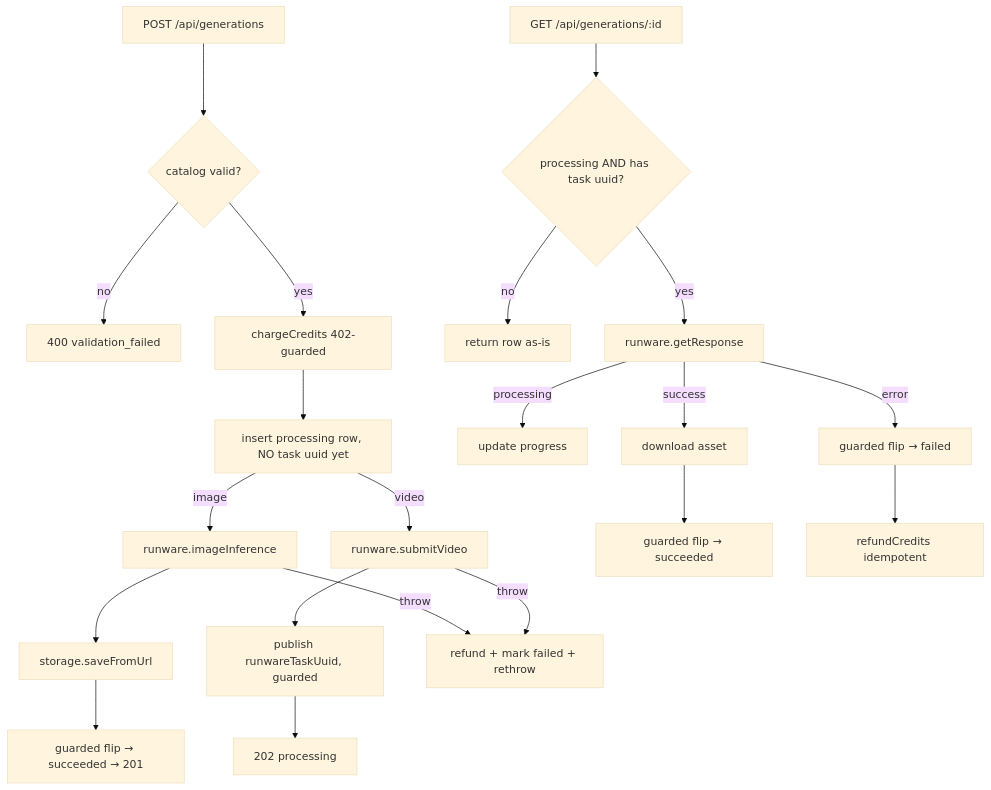
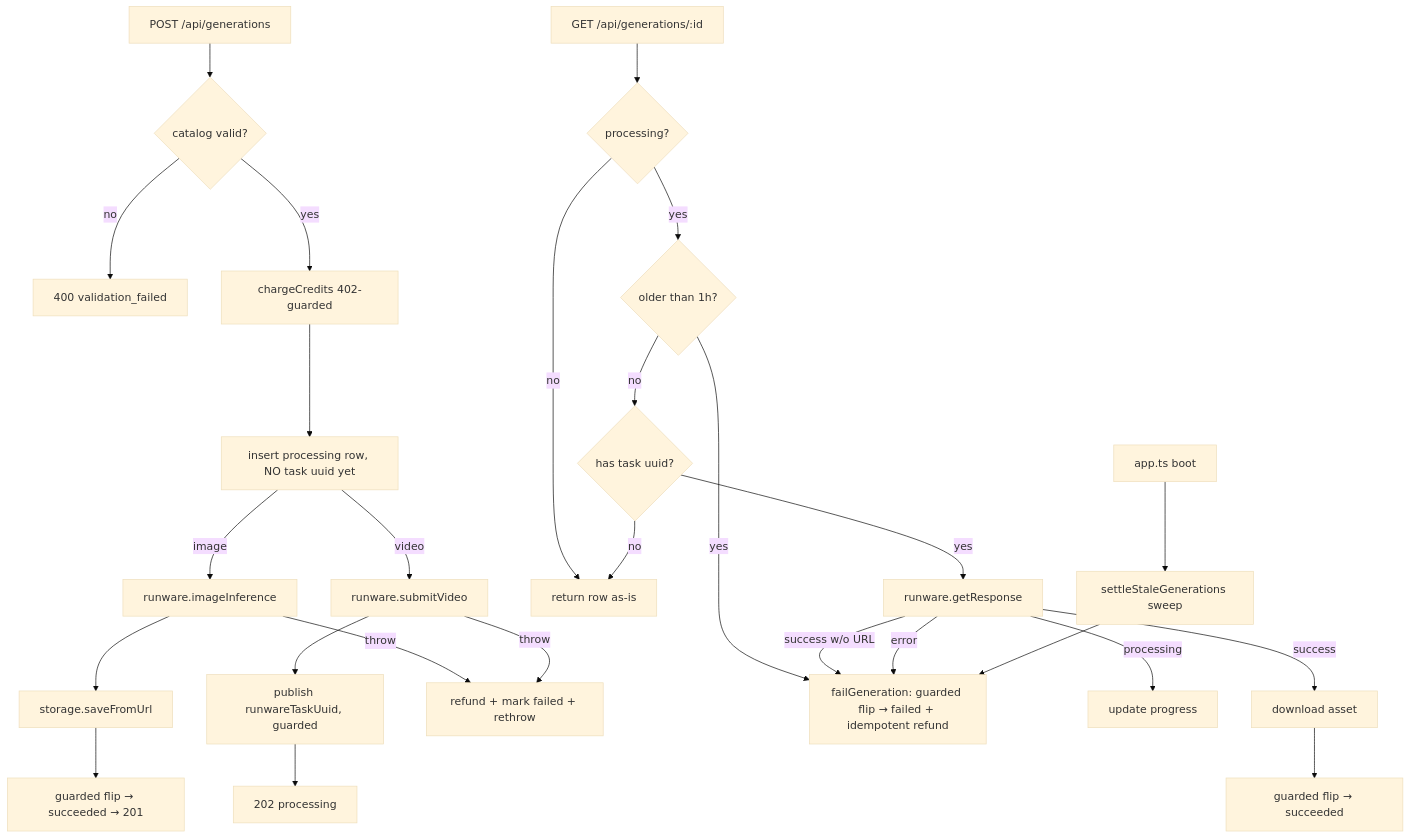
The diagram in apps/api/src/modules/generations/service.ts.md (AzamatRaimbekov2/openCreate), drawn with Mermaid (base theme) before and after one commit. The commit also changed other lines of this file and 5 other files, not shown here.

Commit message:
fix(api): settle stuck processing generations — no-asset polls fail with refund, stale rows reaped on poll and boot

````diff
--- a/apps/api/src/modules/generations/service.ts.md
+++ b/apps/api/src/modules/generations/service.ts.md
@@ -25,17 +27,23 @@
 ```mermaid
 flowchart TD
   P[POST /api/generations] --> V{catalog valid?}
   V -- no --> E400[400 validation_failed]
   V -- yes --> C[chargeCredits 402-guarded]
   C --> R[insert processing row, NO task uuid yet]
   R -- image --> I[runware.imageInference] --> S[storage.saveFromUrl] --> GTX[guarded flip → succeeded → 201]
   R -- video --> SV[runware.submitVideo] --> PU[publish runwareTaskUuid, guarded] --> A[202 processing]
   I -- throw --> RF[refund + mark failed + rethrow]
   SV -- throw --> RF
-  G[GET /api/generations/:id] --> Q{processing AND has task uuid?}
+  G[GET /api/generations/:id] --> Q{processing?}
   Q -- no --> DTO[return row as-is]
-  Q -- yes --> PL[runware.getResponse]
+  Q -- yes --> ST{older than 1h?}
+  ST -- yes --> TF
+  ST -- no --> HU{has task uuid?}
+  HU -- no --> DTO
+  HU -- yes --> PL[runware.getResponse]
   PL -- processing --> UP[update progress]
+  PL -- success w/o URL --> TF
   PL -- success --> DL[download asset] --> TX[guarded flip → succeeded]
-  PL -- error --> TF[guarded flip → failed] --> RFD[refundCredits idempotent]
+  PL -- error --> TF[failGeneration: guarded flip → failed + idempotent refund]
+  B[app.ts boot] --> SW[settleStaleGenerations sweep] --> TF
 ```
````
